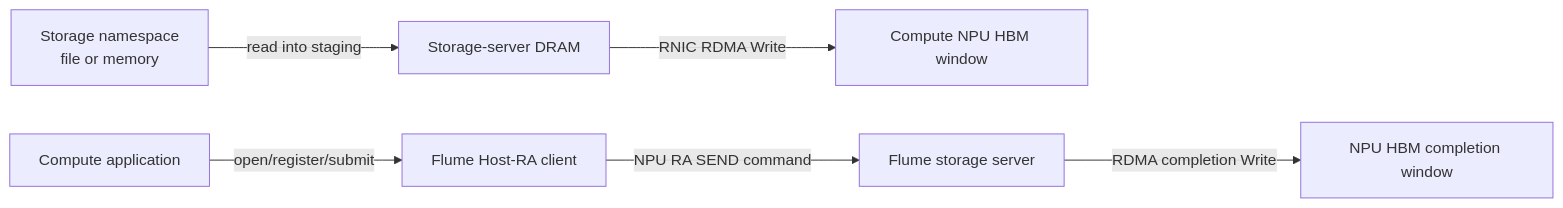
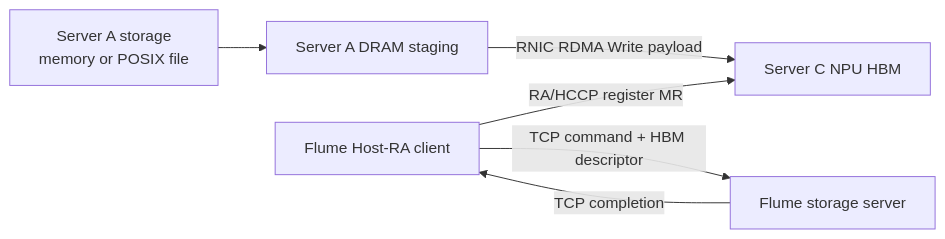
The diagram in docs/stage-4-host-ra-baseline.md (Leaf-Salix/flume-ascend-host-bypass-datapath), drawn with Mermaid before and after one commit. The commit also changed other lines of this file and 24 other files, not shown here.

Commit message:
Add TCP-controlled Host-RA RDMA baseline

````diff
--- a/docs/stage-4-host-ra-baseline.md
+++ b/docs/stage-4-host-ra-baseline.md
@@ -9,8 +13,8 @@
 ```mermaid
 flowchart LR
-  SSD["Storage namespace\nfile or memory"] -->|"read into staging"| Staging["Storage-server DRAM"]
-  Staging -->|"RNIC RDMA Write"| HBM["Compute NPU HBM window"]
-  App["Compute application"] -->|"open/register/submit"| RA["Flume Host-RA client"]
-  RA -->|"NPU RA SEND command"| Server["Flume storage server"]
-  Server -->|"RDMA completion Write"| Completion["NPU HBM completion window"]
+  Storage["Server A storage\nmemory or POSIX file"] --> Staging["Server A DRAM staging"]
+  Staging -->|"RNIC RDMA Write payload"| HBM["Server C NPU HBM"]
+  Client["Flume Host-RA client"] -->|"TCP command + HBM descriptor"| Server["Flume storage server"]
+  Server -->|"TCP completion"| Client
+  Client -->|"RA/HCCP register MR"| HBM
 ```
````
